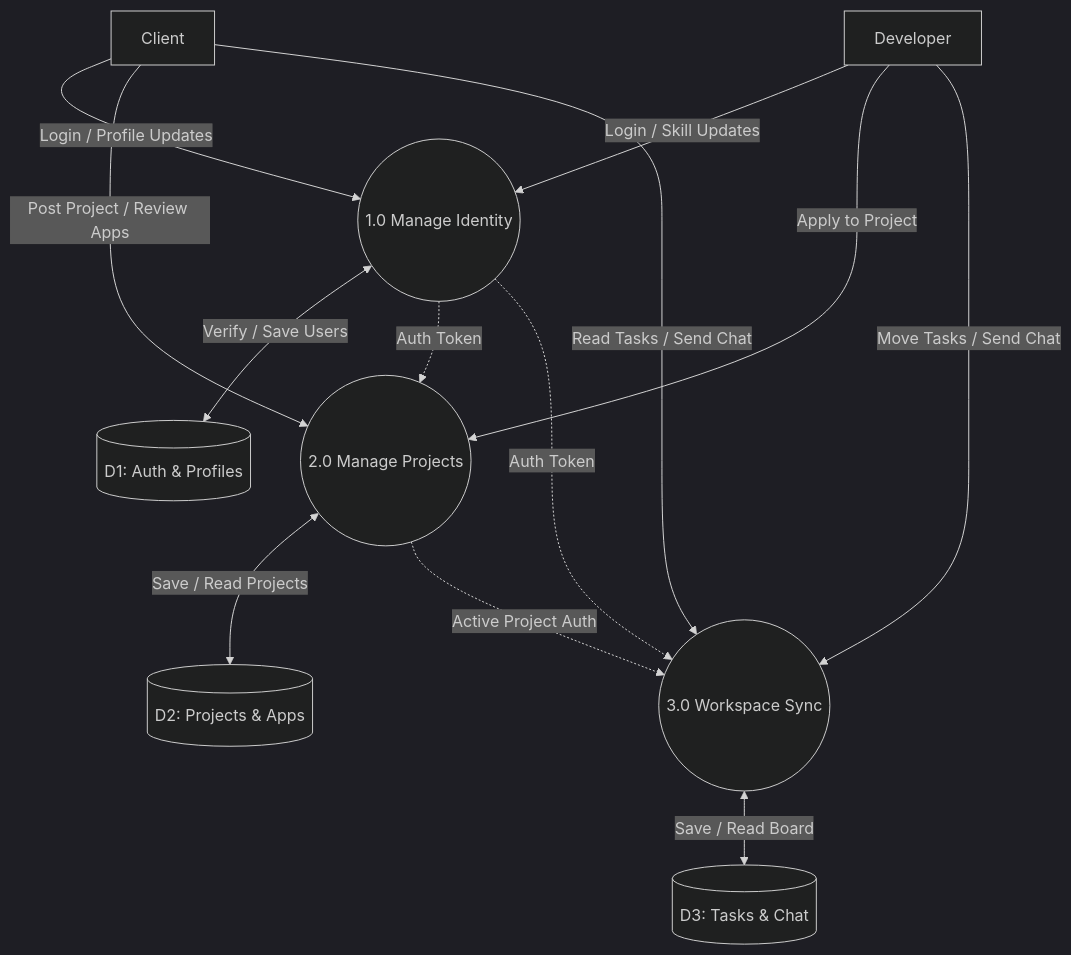
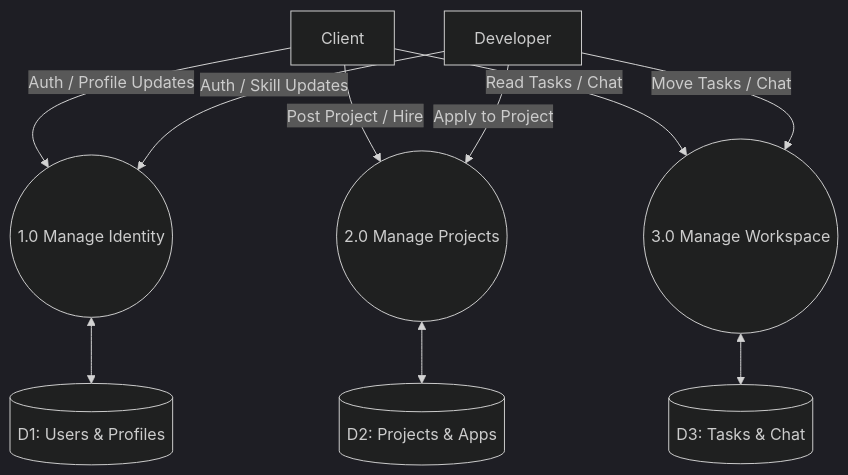
The third of 5 diagrams in README.md (qhmed67/ReadmeTest), drawn with Mermaid (dark theme) before and after one commit. The commit also changed other lines of this file, not shown here.

````diff
--- a/README.md
+++ b/README.md
@@ -115,35 +115,25 @@
 ```mermaid
 flowchart TB
-    %% External Entities
     C[Client]
     D[Developer]
 
-    %% Processes
     P1((1.0 Manage Identity))
     P2((2.0 Manage Projects))
-    P3((3.0 Workspace Sync))
+    P3((3.0 Manage Workspace))
 
-    %% Data Stores
-    D1[(D1: Auth & Profiles)]
+    D1[(D1: Users & Profiles)]
     D2[(D2: Projects & Apps)]
     D3[(D3: Tasks & Chat)]
 
-    %% Entity to Process Flows
-    C -- "Login / Profile Updates" --> P1
-    C -- "Post Project / Review Apps" --> P2
-    C -- "Read Tasks / Send Chat" --> P3
+    C -- "Auth / Profile Updates" --> P1
+    C -- "Post Project / Hire" --> P2
+    C -- "Read Tasks / Chat" --> P3
 
-    D -- "Login / Skill Updates" --> P1
+    D -- "Auth / Skill Updates" --> P1
     D -- "Apply to Project" --> P2
-    D -- "Move Tasks / Send Chat" --> P3
+    D -- "Move Tasks / Chat" --> P3
 
-    %% Process to Data Store Flows
-    P1 <--> |"Verify / Save Users"| D1
-    P2 <--> |"Save / Read Projects"| D2
-    P3 <--> |"Save / Read Board"| D3
-
-    %% Cross-Process Communication
-    P1 -. "Auth Token" .-> P2
-    P1 -. "Auth Token" .-> P3
-    P2 -. "Active Project Auth" .-> P3
+    P1 <--> D1
+    P2 <--> D2
+    P3 <--> D3
 ```
````
